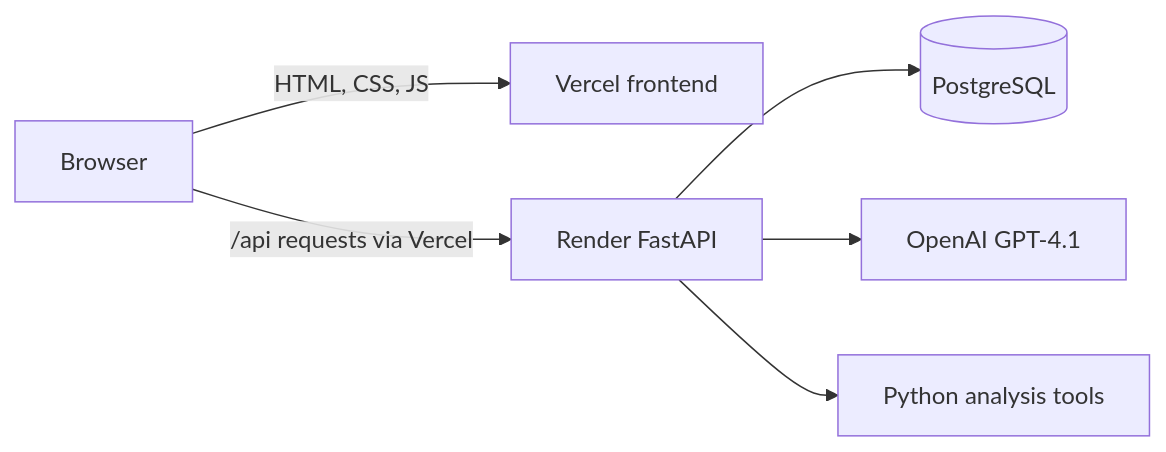
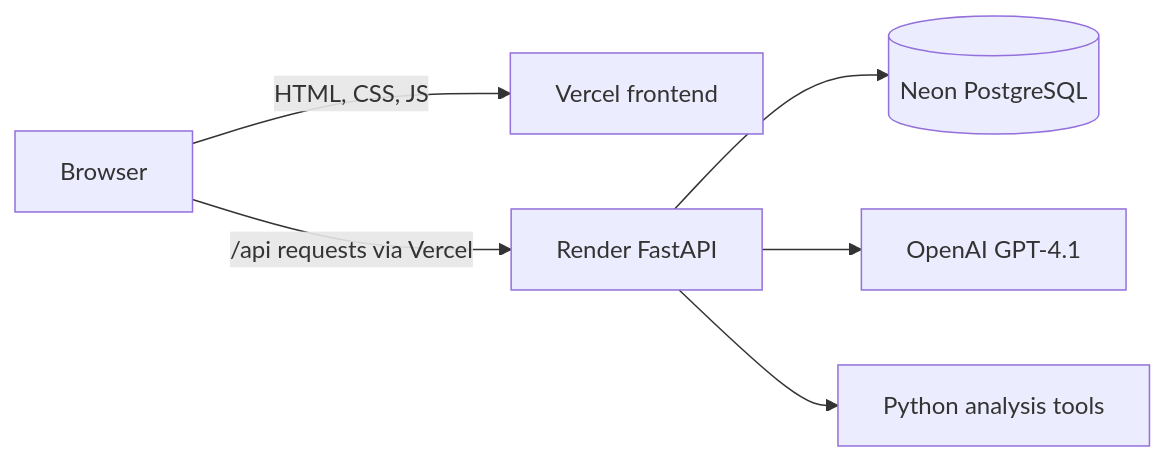
One commit to Devesh-TheTechGuy/Data_Analyst_Agent changed the second of 2 diagrams in README.md. Above: the diagram before and after it, drawn with Mermaid. The commit also changed other lines of this file and 3 other files, not shown here.

````diff
--- a/README.md
+++ b/README.md
@@ -124,8 +124,8 @@
 ```mermaid
 flowchart LR
     U[Browser] -->|HTML, CSS, JS| V[Vercel frontend]
     U -->|/api requests via Vercel| R[Render FastAPI]
-    R --> P[(PostgreSQL)]
+    R --> P[(Neon PostgreSQL)]
     R --> O[OpenAI GPT-4.1]
     R --> T[Python analysis tools]
 ```
````
